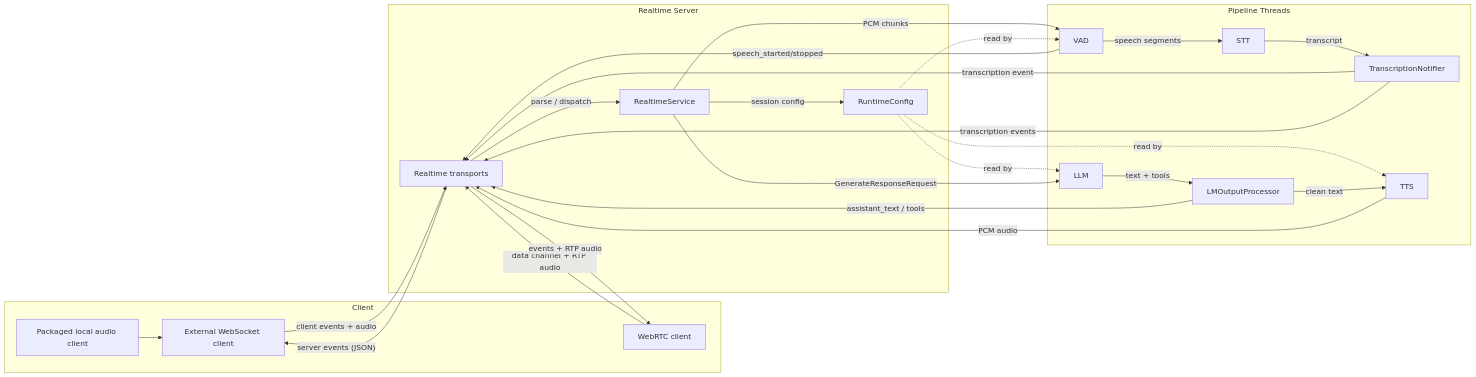
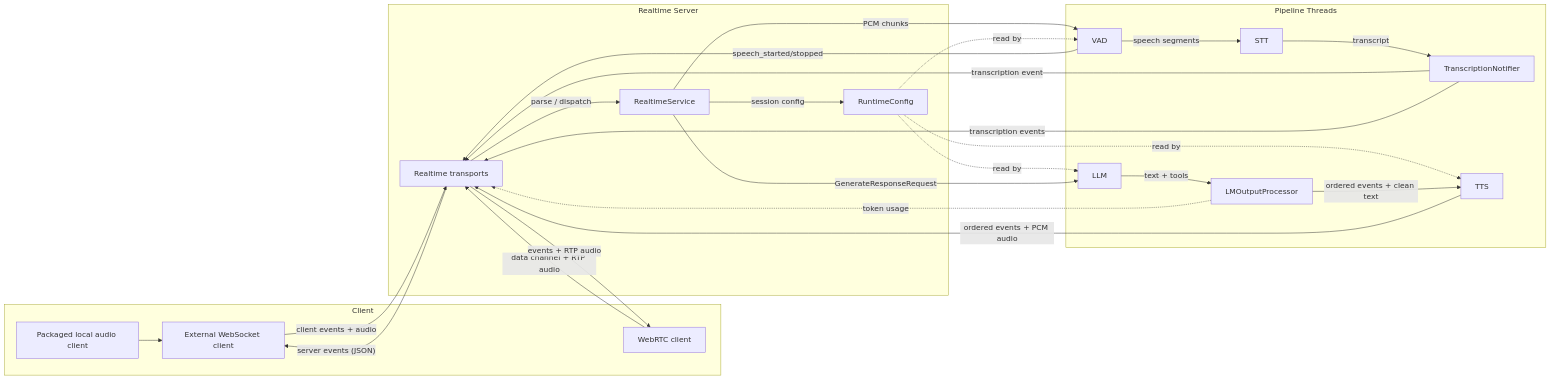
Before and after one commit to JavidAAA/Convert_Speech: the first of 2 diagrams in src/speech_to_speech/api/openai_realtime/README.md, drawn with Mermaid. The commit also changed other lines of this file and 24 other files, not shown here.

````diff
--- a/src/speech_to_speech/api/openai_realtime/README.md
+++ b/src/speech_to_speech/api/openai_realtime/README.md
@@ -7,43 +7,43 @@
 ```mermaid
 flowchart LR
     subgraph client [Client]
         Local["Packaged local audio client"]
         WS["External WebSocket client"]
         RTC["WebRTC client"]
     end
 
     subgraph server [Realtime Server]
         Router["Realtime transports"]
         Service["RealtimeService"]
         Config["RuntimeConfig"]
     end
 
     subgraph pipeline [Pipeline Threads]
         VAD["VAD"]
         STT["STT"]
         TN["TranscriptionNotifier"]
         LLM["LLM"]
         Proc["LMOutputProcessor"]
         TTS["TTS"]
     end
 
     Local --> WS
     WS -- "client events + audio" --> Router
     RTC -- "data channel + RTP audio" --> Router
     Router -- "parse / dispatch" --> Service
     Service -- "PCM chunks" --> VAD
     Service -- "session config" --> Config
     Config -. "read by" .-> VAD & LLM & TTS
     VAD -- "speech segments" --> STT
     STT -- "transcript" --> TN
     TN -- "transcription event" --> Router
     Service -- "GenerateResponseRequest" --> LLM
     LLM -- "text + tools" --> Proc
-    Proc -- "clean text" --> TTS
-    TTS -- "PCM audio" --> Router
-    Proc -- "assistant_text / tools" --> Router
+    Proc -- "ordered events + clean text" --> TTS
+    Proc -. "token usage" .-> Router
+    TTS -- "ordered events + PCM audio" --> Router
     VAD -- "speech_started/stopped" --> Router
     TN -- "transcription events" --> Router
     Router -- "server events (JSON)" --> WS
     Router -- "events + RTP audio" --> RTC
 ```
````
